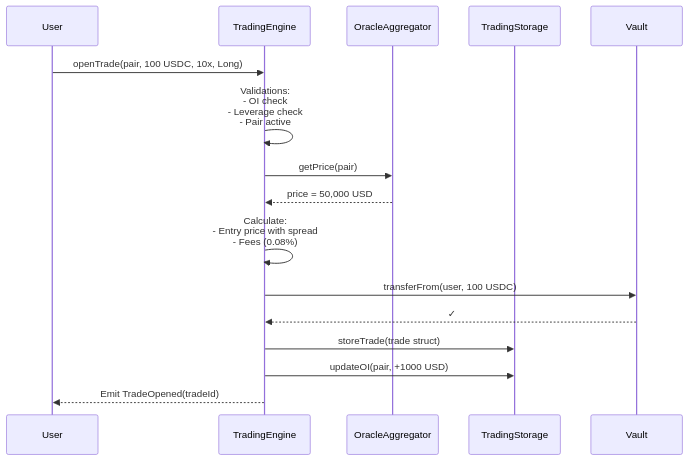
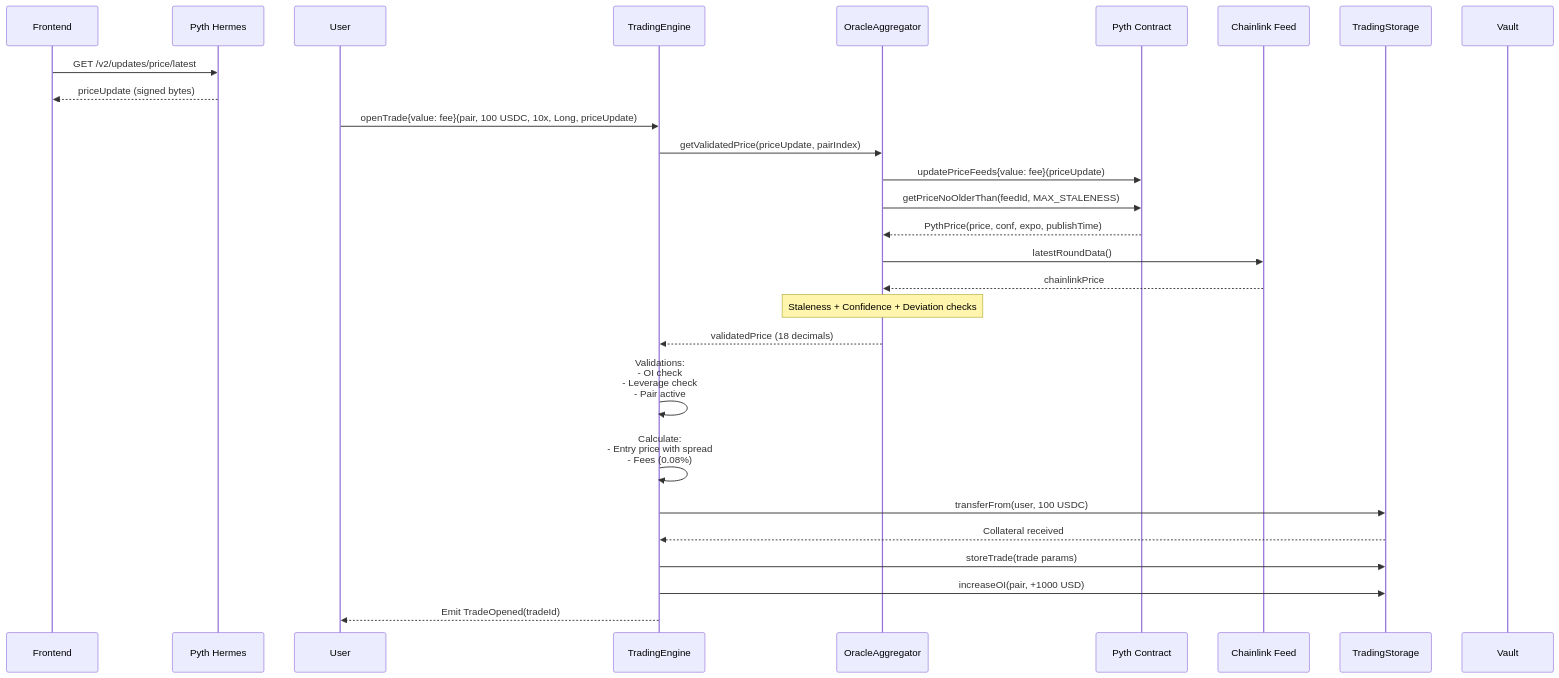
The third of 5 diagrams in docs/03-architecture.md (GushALKDev/evm-synthetic-trading-protocol), drawn with Mermaid before and after one commit. The commit also changed other lines of this file and 8 other files, not shown here.

First line of the commit message:
Redesign oracle architecture from custom DON to Pyth + Chainlink

````diff
--- a/docs/03-architecture.md
+++ b/docs/03-architecture.md
@@ -269,25 +382,38 @@
 ```mermaid
 sequenceDiagram
+    participant Frontend
+    participant Hermes as Pyth Hermes
     participant User
     participant Trading as TradingEngine
     participant Oracle as OracleAggregator
+    participant Pyth as Pyth Contract
+    participant CL as Chainlink Feed
     participant Storage as TradingStorage
     participant Vault
 
-    User->>Trading: openTrade(pair, 100 USDC, 10x, Long)
-    
+    Frontend->>Hermes: GET /v2/updates/price/latest
+    Hermes-->>Frontend: priceUpdate (signed bytes)
+
+    User->>Trading: openTrade{value: fee}(pair, 100 USDC, 10x, Long, priceUpdate)
+
+    Trading->>Oracle: getValidatedPrice(priceUpdate, pairIndex)
+    Oracle->>Pyth: updatePriceFeeds{value: fee}(priceUpdate)
+    Oracle->>Pyth: getPriceNoOlderThan(feedId, MAX_STALENESS)
+    Pyth-->>Oracle: PythPrice(price, conf, expo, publishTime)
+    Oracle->>CL: latestRoundData()
+    CL-->>Oracle: chainlinkPrice
+    Note over Oracle: Staleness + Confidence + Deviation checks
+    Oracle-->>Trading: validatedPrice (18 decimals)
+
     Trading->>Trading: Validations:<br/>- OI check<br/>- Leverage check<br/>- Pair active
-    
-    Trading->>Oracle: getPrice(pair)
-    Oracle-->>Trading: price = 50,000 USD
-    
+
     Trading->>Trading: Calculate:<br/>- Entry price with spread<br/>- Fees (0.08%)
-    
-    Trading->>Vault: transferFrom(user, 100 USDC)
-    Vault-->>Trading: ✓
-    
-    Trading->>Storage: storeTrade(trade struct)
-    Trading->>Storage: updateOI(pair, +1000 USD)
-    
+
+    Trading->>Storage: transferFrom(user, 100 USDC)
+    Storage-->>Trading: Collateral received
+
+    Trading->>Storage: storeTrade(trade params)
+    Trading->>Storage: increaseOI(pair, +1000 USD)
+
     Trading-->>User: Emit TradeOpened(tradeId)
 ```
````
